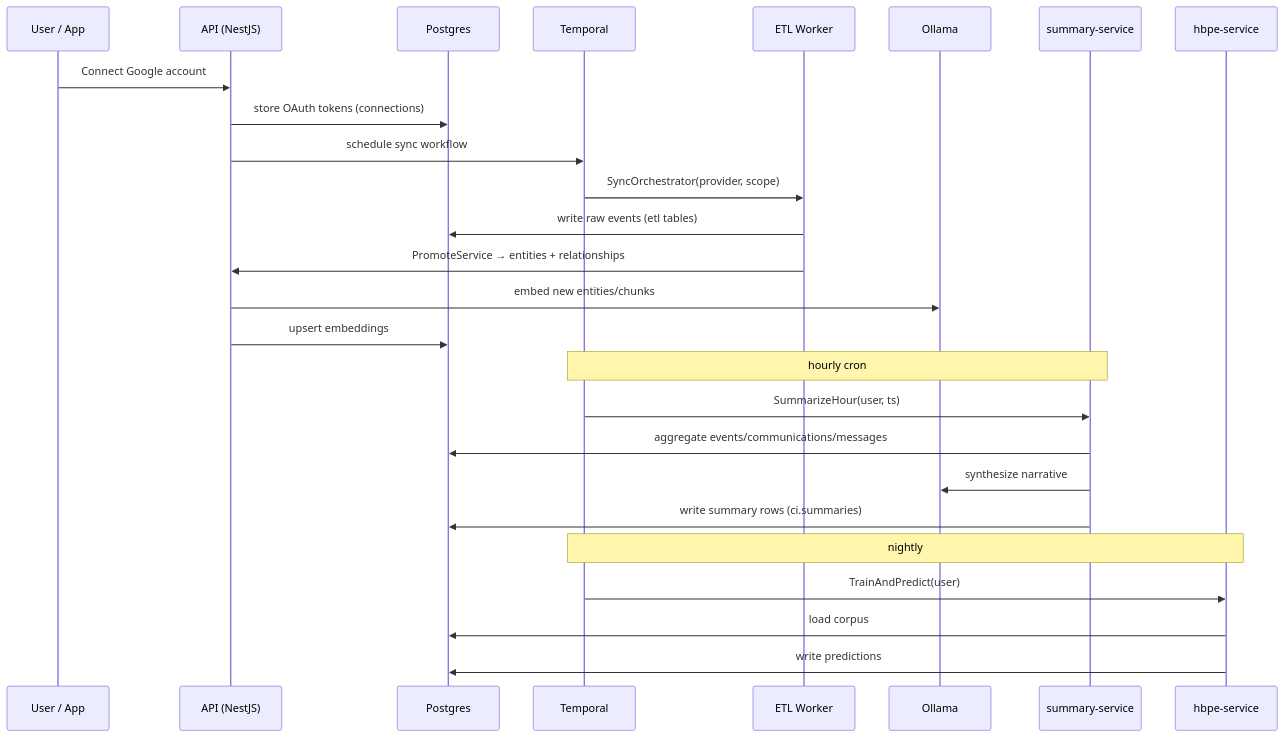
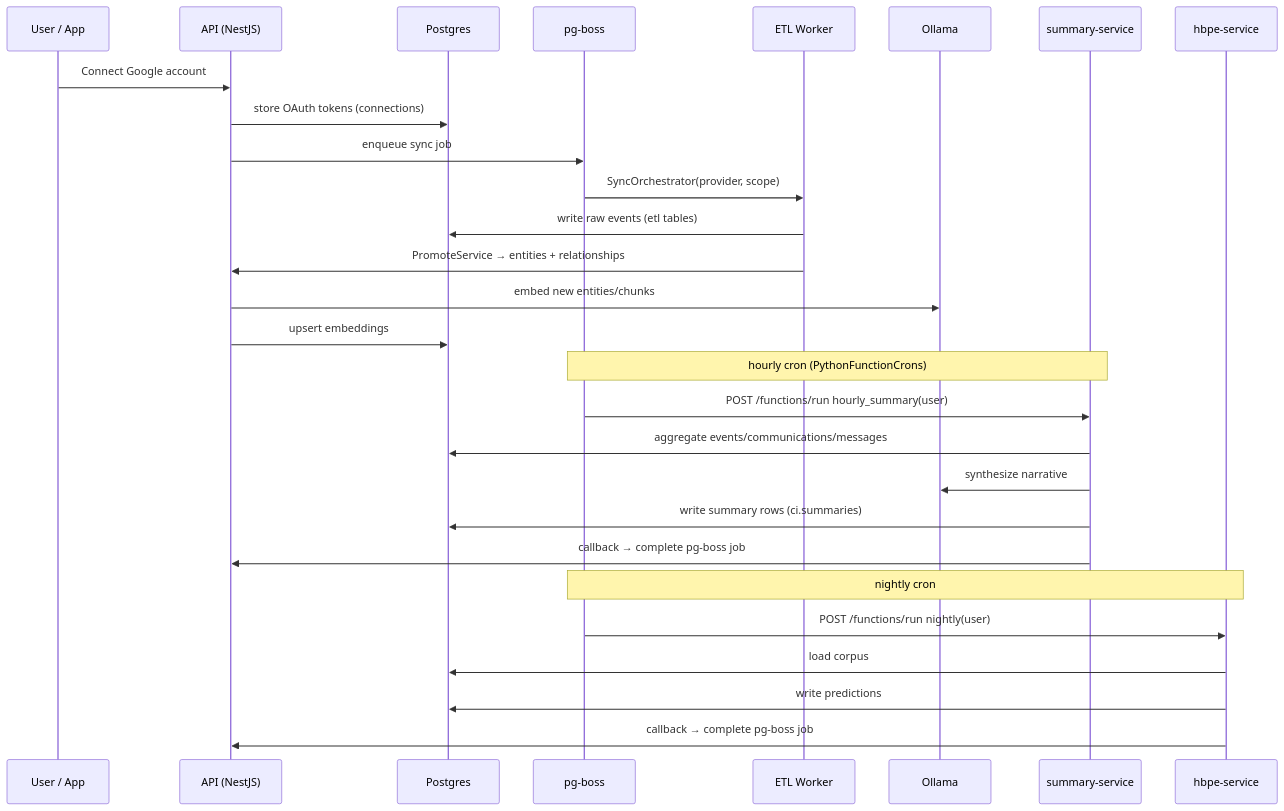
One commit to bennettchamberlain/Requiemv1 changed the fourth of 6 diagrams in docs/architecture/architecture.md. Above: the diagram before and after it, drawn with Mermaid. The commit also changed other lines of this file and 94 other files, not shown here.

First line of the commit message:
feat(jobs): replace Temporal with pg-boss as the single scheduler

````diff
--- a/docs/architecture/architecture.md
+++ b/docs/architecture/architecture.md
@@ -257,31 +251,33 @@
 ```mermaid
 sequenceDiagram
     participant U as User / App
     participant API as API (NestJS)
     participant PG as Postgres
-    participant T as Temporal
+    participant B as pg-boss
     participant ETL as ETL Worker
     participant LLM as Ollama
     participant SUM as summary-service
     participant HB as hbpe-service
 
     U->>API: Connect Google account
     API->>PG: store OAuth tokens (connections)
-    API->>T: schedule sync workflow
-    T->>ETL: SyncOrchestrator(provider, scope)
+    API->>B: enqueue sync job
+    B->>ETL: SyncOrchestrator(provider, scope)
     ETL->>PG: write raw events (etl tables)
     ETL->>API: PromoteService → entities + relationships
     API->>LLM: embed new entities/chunks
     API->>PG: upsert embeddings
 
-    Note over T,SUM: hourly cron
-    T->>SUM: SummarizeHour(user, ts)
+    Note over B,SUM: hourly cron (PythonFunctionCrons)
+    B->>SUM: POST /functions/run hourly_summary(user)
     SUM->>PG: aggregate events/communications/messages
     SUM->>LLM: synthesize narrative
     SUM->>PG: write summary rows (ci.summaries)
+    SUM->>API: callback → complete pg-boss job
 
-    Note over T,HB: nightly
-    T->>HB: TrainAndPredict(user)
+    Note over B,HB: nightly cron
+    B->>HB: POST /functions/run nightly(user)
     HB->>PG: load corpus
     HB->>PG: write predictions
+    HB->>API: callback → complete pg-boss job
 ```
````
